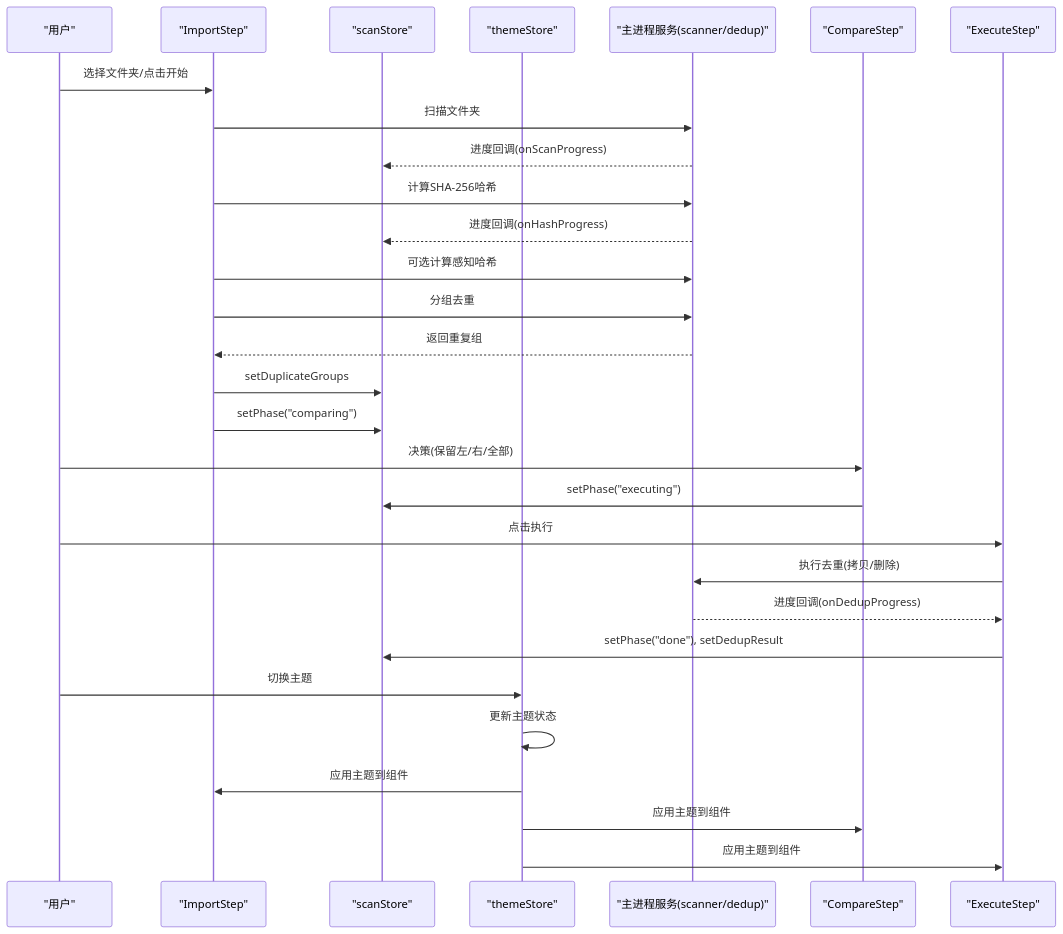
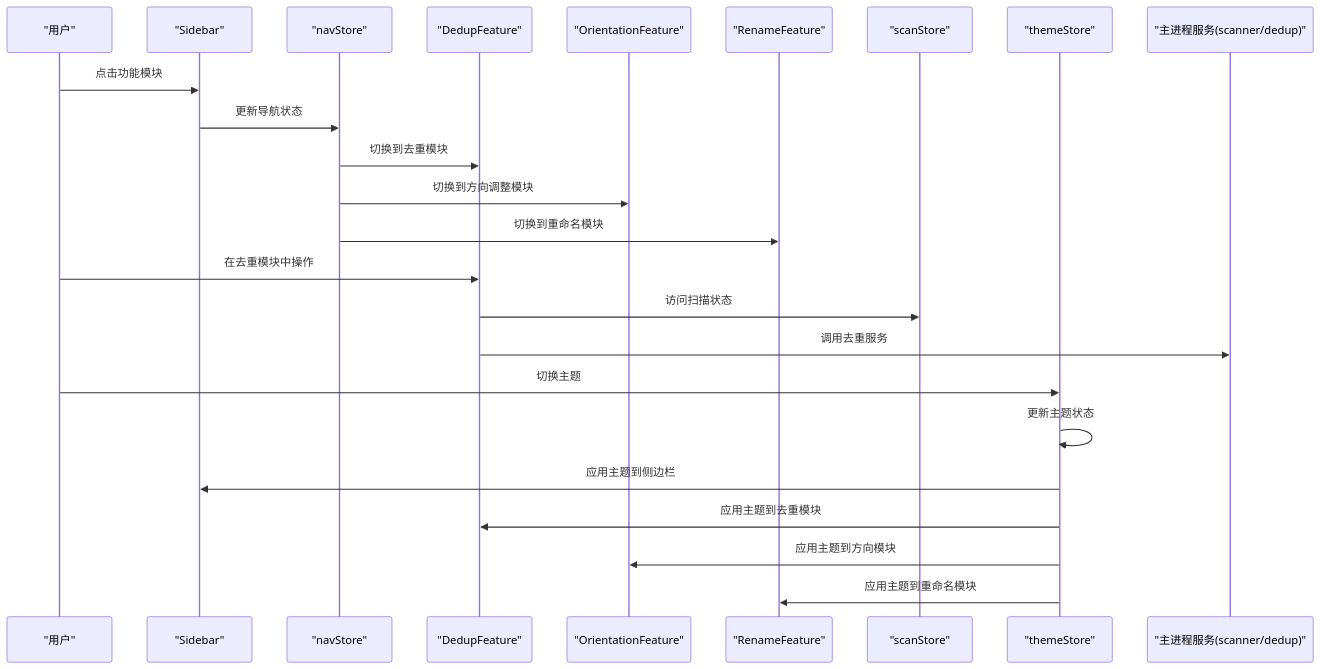
One commit to remgasuki/ReDoPhoto changed the second of 8 diagrams in .qoder/repowiki/zh/content/用户界面系统/用户界面系统.md. Above: the diagram before and after it, drawn with Mermaid. The commit also changed other lines of this file and 10 other files, not shown here.

````diff
--- a/.qoder/repowiki/zh/content/用户界面系统/用户界面系统.md
+++ b/.qoder/repowiki/zh/content/用户界面系统/用户界面系统.md
@@ -139,31 +171,26 @@
 ```mermaid
 sequenceDiagram
 participant U as "用户"
-participant IS as "ImportStep"
+participant SB as "Sidebar"
+participant NS as "navStore"
+participant DF as "DedupFeature"
+participant OF as "OrientationFeature"
+participant RF as "RenameFeature"
 participant SS as "scanStore"
 participant TS as "themeStore"
 participant MS as "主进程服务(scanner/dedup)"
-participant CS as "CompareStep"
-participant ES as "ExecuteStep"
-U->>IS : 选择文件夹/点击开始
-IS->>MS : 扫描文件夹
-MS-->>SS : 进度回调(onScanProgress)
-IS->>MS : 计算SHA-256哈希
-MS-->>SS : 进度回调(onHashProgress)
-IS->>MS : 可选计算感知哈希
-IS->>MS : 分组去重
-MS-->>IS : 返回重复组
-IS->>SS : setDuplicateGroups
-IS->>SS : setPhase("comparing")
-U->>CS : 决策(保留左/右/全部)
-CS->>SS : setPhase("executing")
-U->>ES : 点击执行
-ES->>MS : 执行去重(拷贝/删除)
-MS-->>ES : 进度回调(onDedupProgress)
-ES->>SS : setPhase("done"), setDedupResult
+U->>SB : 点击功能模块
+SB->>NS : 更新导航状态
+NS->>DF : 切换到去重模块
+NS->>OF : 切换到方向调整模块
+NS->>RF : 切换到重命名模块
+U->>DF : 在去重模块中操作
+DF->>SS : 访问扫描状态
+DF->>MS : 调用去重服务
 U->>TS : 切换主题
 TS->>TS : 更新主题状态
-TS->>IS : 应用主题到组件
-TS->>CS : 应用主题到组件
-TS->>ES : 应用主题到组件
+TS->>SB : 应用主题到侧边栏
+TS->>DF : 应用主题到去重模块
+TS->>OF : 应用主题到方向模块
+TS->>RF : 应用主题到重命名模块
 ```
````
